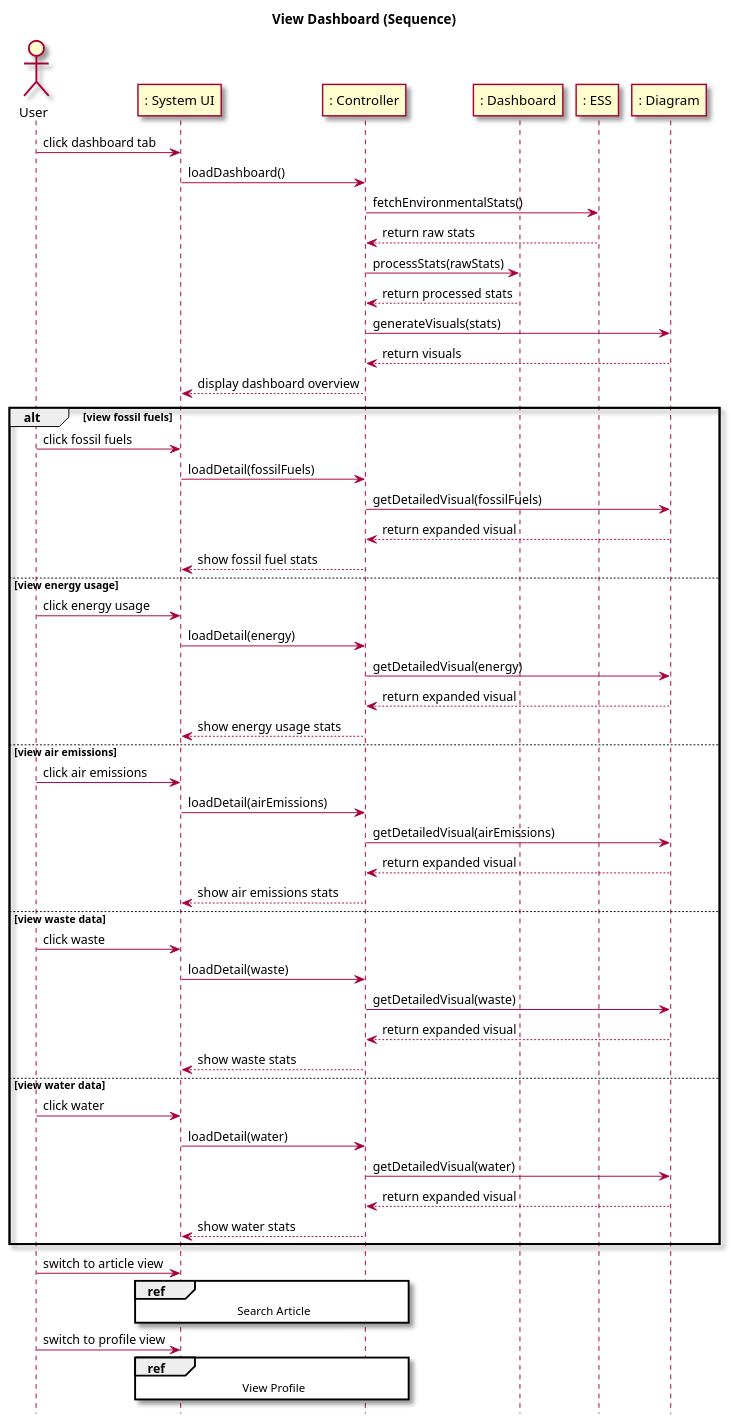
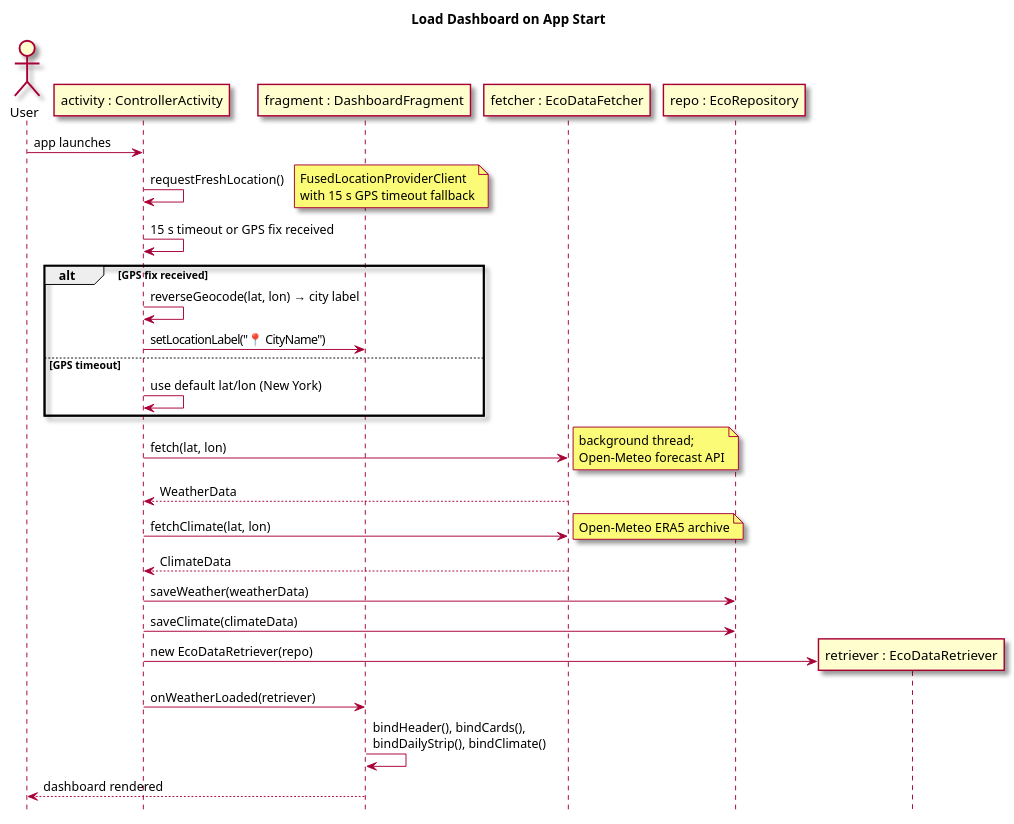
One commit to owhitleym-ui/EcoScoop changed the second of 4 diagrams in intellij/doc/use-cases/view-dashboard.md. Above: the diagram before and after it, drawn with PlantUML. The commit also changed other lines of this file and 12 other files, not shown here.

Commit message:
Updated documentation, class diagram, use cases, and readme

````diff
--- a/intellij/doc/use-cases/view-dashboard.md
+++ b/intellij/doc/use-cases/view-dashboard.md
@@ -86,72 +80,45 @@
 ```plantuml
 @startuml
 skin rose
 hide footbox
-title View Dashboard (Sequence)
+title Load Dashboard on App Start
 
-actor User
-participant ": System UI" as UI
-participant ": Controller" as Controller
-participant ": Dashboard" as Dashboard
-participant ": ESS" as ESS
-participant ": Diagram" as Diagram
+actor User as user
+participant "activity : ControllerActivity" as controller
+participant "fragment : DashboardFragment" as dash
+participant "fetcher : EcoDataFetcher" as fetcher
+participant "repo : EcoRepository" as repo
+participant "retriever : EcoDataRetriever" as retriever
 
-User -> UI : click dashboard tab
-UI -> Controller : loadDashboard()
-Controller -> ESS : fetchEnvironmentalStats()
-ESS --> Controller : return raw stats
-Controller -> Dashboard : processStats(rawStats)
-Dashboard --> Controller : return processed stats
-Controller -> Diagram : generateVisuals(stats)
-Diagram --> Controller : return visuals
-Controller --> UI : display dashboard overview
+user -> controller : app launches
+controller -> controller : requestFreshLocation()
+note right : FusedLocationProviderClient\nwith 15 s GPS timeout fallback
 
-alt view fossil fuels
-    User -> UI : click fossil fuels
-    UI -> Controller : loadDetail(fossilFuels)
-    Controller -> Diagram : getDetailedVisual(fossilFuels)
-    Diagram --> Controller : return expanded visual
-    Controller --> UI : show fossil fuel stats
+controller -> controller : 15 s timeout or GPS fix received
 
-else view energy usage
-    User -> UI : click energy usage
-    UI -> Controller : loadDetail(energy)
-    Controller -> Diagram : getDetailedVisual(energy)
-    Diagram --> Controller : return expanded visual
-    Controller --> UI : show energy usage stats
+alt GPS fix received
+  controller -> controller : reverseGeocode(lat, lon) → city label
+  controller -> dash : setLocationLabel("📍 CityName")
+else GPS timeout
+  controller -> controller : use default lat/lon (New York)
+end
 
-else view air emissions
-    User -> UI : click air emissions
-    UI -> Controller : loadDetail(airEmissions)
-    Controller -> Diagram : getDetailedVisual(airEmissions)
-    Diagram --> Controller : return expanded visual
-    Controller --> UI : show air emissions stats
+controller -> fetcher : fetch(lat, lon)
+note right : background thread;\nOpen-Meteo forecast API
+fetcher --> controller : WeatherData
 
-else view waste data
-    User -> UI : click waste
-    UI -> Controller : loadDetail(waste)
-    Controller -> Diagram : getDetailedVisual(waste)
-    Diagram --> Controller : return expanded visual
-    Controller --> UI : show waste stats
+controller -> fetcher : fetchClimate(lat, lon)
+note right : Open-Meteo ERA5 archive
+fetcher --> controller : ClimateData
 
-else view water data
-    User -> UI : click water
-    UI -> Controller : loadDetail(water)
-    Controller -> Diagram : getDetailedVisual(water)
-    Diagram --> Controller : return expanded visual
-    Controller --> UI : show water stats
-end
-User -> UI : switch to article view
+controller -> repo : saveWeather(weatherData)
+controller -> repo : saveClimate(climateData)
 
-ref over UI, Controller
-    Search Article
-end ref
-
-User -> UI : switch to profile view
-
-ref over UI, Controller
-    View Profile
-end ref
+create retriever
+controller -> retriever : new EcoDataRetriever(repo)
+controller -> dash : onWeatherLoaded(retriever)
+dash -> dash : bindHeader(), bindCards(),\nbindDailyStrip(), bindClimate()
+dash --> user : dashboard rendered
 
 @enduml
 ```
````
